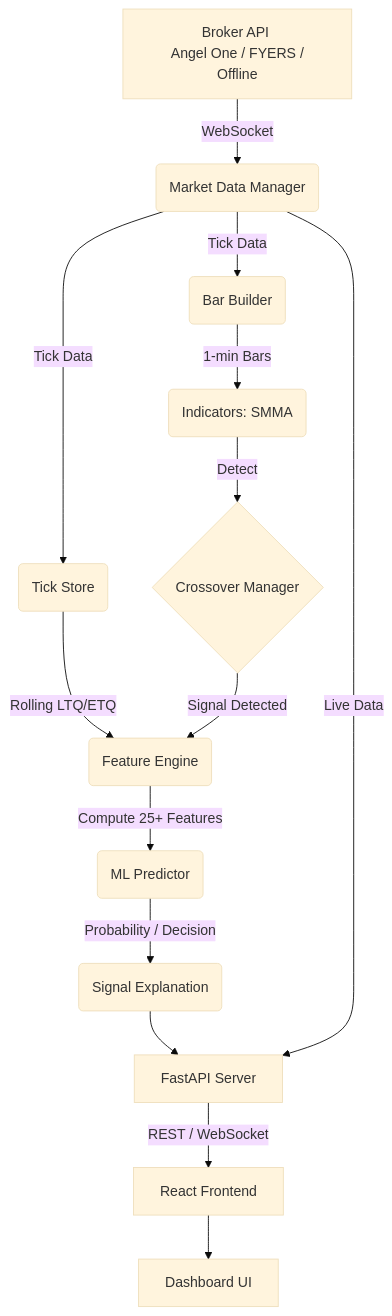
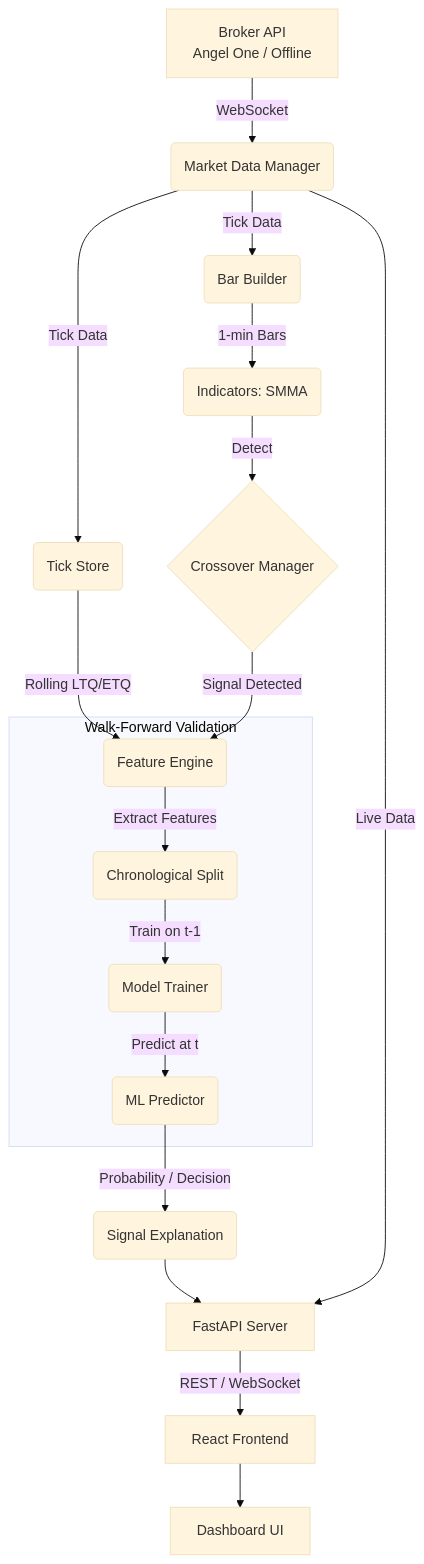
Before and after one commit to Aish-transitminds/AI-ML-Quantitative-Trading-System: the diagram in README.md, drawn with Mermaid (base theme).

Commit message:
docs: Update Mermaid flowchart with Walk-Forward ML validation

````diff
--- a/README.md
+++ b/README.md
@@ -21,29 +21,37 @@
 ```mermaid
 flowchart TD
-    A[Broker API <br/> Angel One / FYERS / Offline] -->|WebSocket| B(Market Data Manager)
+    A[Broker API <br/> Angel One / Offline] -->|WebSocket| B(Market Data Manager)
     B -->|Tick Data| C(Tick Store)
     B -->|Tick Data| D(Bar Builder)
     C -->|Rolling LTQ/ETQ| E(Feature Engine)
     D -->|1-min Bars| F(Indicators: SMMA)
     F -->|Detect| G{Crossover Manager}
     G -->|Signal Detected| E
-    E -->|Compute 25+ Features| H(ML Predictor)
+    
+    %% Walk-Forward ML Training Loop
+    subgraph Walk-Forward Validation
+        E -->|Extract Features| M1(Chronological Split)
+        M1 -->|Train on t-1| M2(Model Trainer)
+        M2 -->|Predict at t| H(ML Predictor)
+    end
+    
     H -->|Probability / Decision| I(Signal Explanation)
     I --> J[FastAPI Server]
     B -->|Live Data| J
     J -->|REST / WebSocket| K[React Frontend]
     K --> L[Dashboard UI]
 
     %% Interactive Links (Click nodes to open source files)
     click A "broker/base.py" "View Broker Interface"
     click B "main.py" "View Data Flow Manager"
     click C "data/tick_store.py" "View Tick Store"
     click D "data/bar_builder.py" "View Bar Builder"
     click E "features/feature_engine.py" "View Feature Engine"
     click F "indicators/smma.py" "View SMMA Implementation"
     click G "signals/crossover.py" "View Crossover Detection"
     click H "ml/predict.py" "View ML Predictor"
     click I "ml/explain.py" "View Signal Explanation"
+    click M2 "ml/train.py" "View Model Trainer"
     click J "api_server.py" "View FastAPI Server"
     click K "web/src/" "View Frontend Code"
 ```
````
